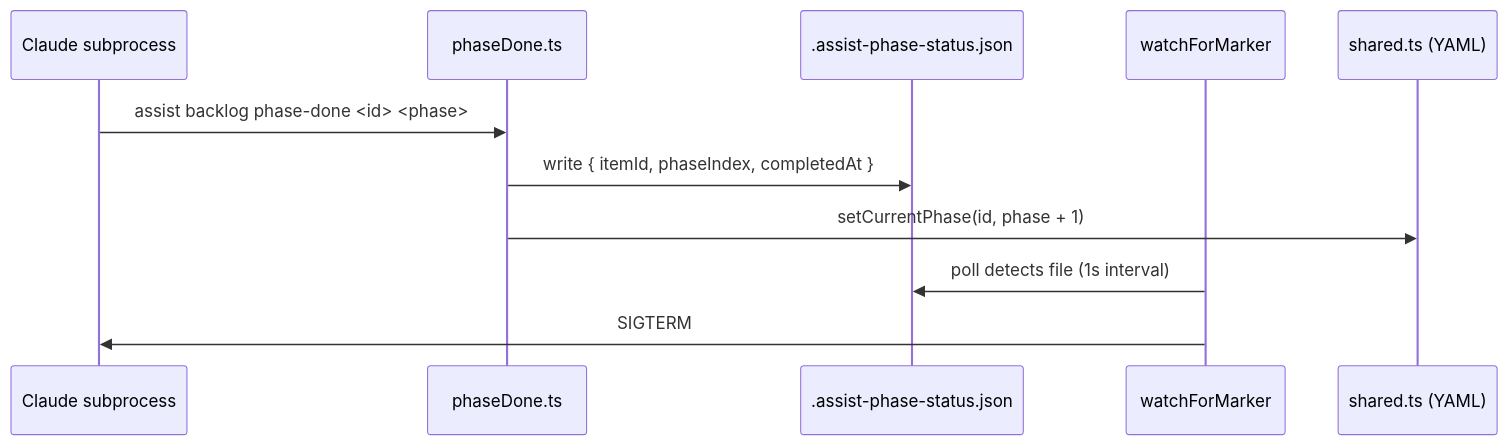
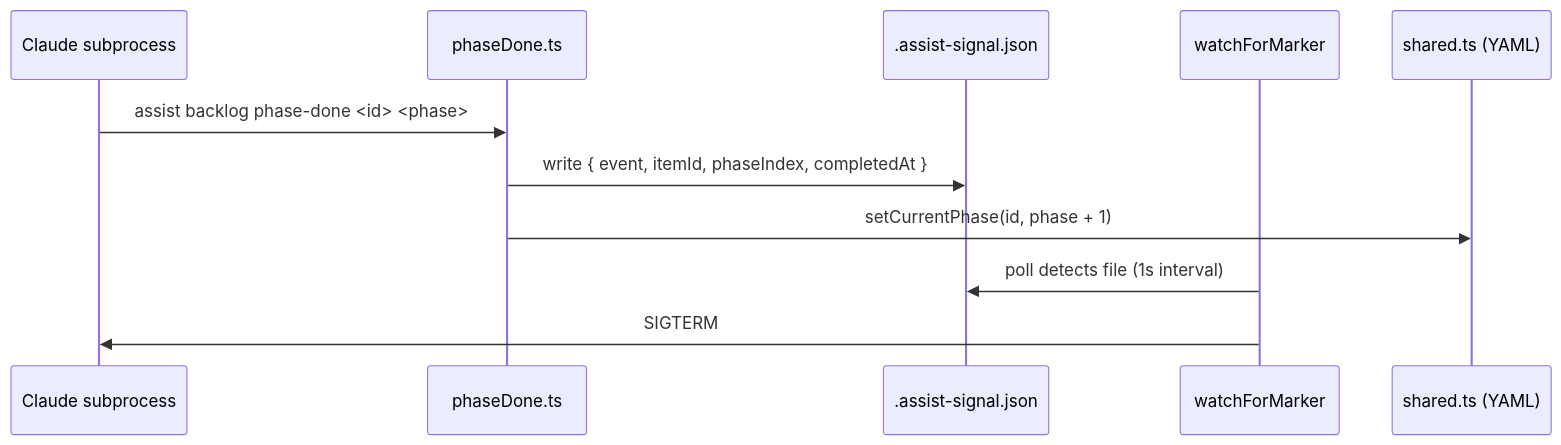
One commit to staff0rd/assist changed the eighth of 8 diagrams in src/commands/backlog/README.md. Above: the diagram before and after it, drawn with Mermaid. The commit also changed other lines of this file and 15 other files, not shown here.

````diff
--- a/src/commands/backlog/README.md
+++ b/src/commands/backlog/README.md
@@ -213,14 +213,14 @@
 ```mermaid
 sequenceDiagram
     participant claude as Claude subprocess
     participant pd as phaseDone.ts
-    participant fs as .assist-phase-status.json
+    participant fs as .assist-signal.json
     participant wm as watchForMarker
     participant shared as shared.ts (YAML)
 
     claude->>pd: assist backlog phase-done <id> <phase>
-    pd->>fs: write { itemId, phaseIndex, completedAt }
+    pd->>fs: write { event, itemId, phaseIndex, completedAt }
     pd->>shared: setCurrentPhase(id, phase + 1)
     wm->>fs: poll detects file (1s interval)
     wm->>claude: SIGTERM
 ```
````
